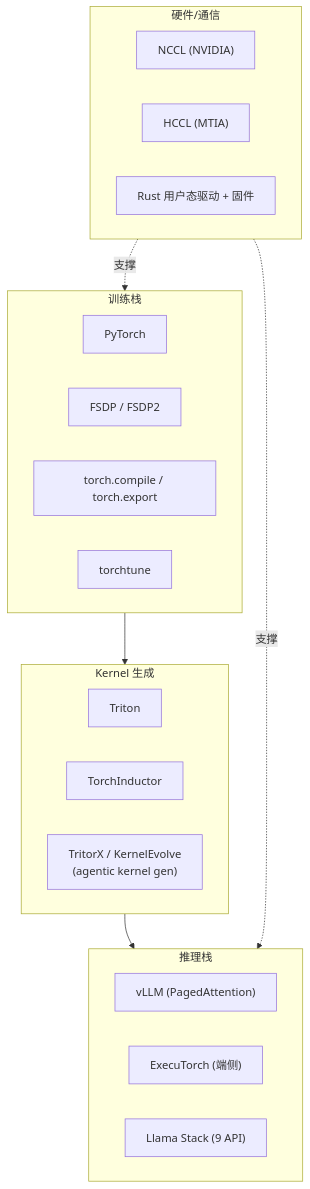
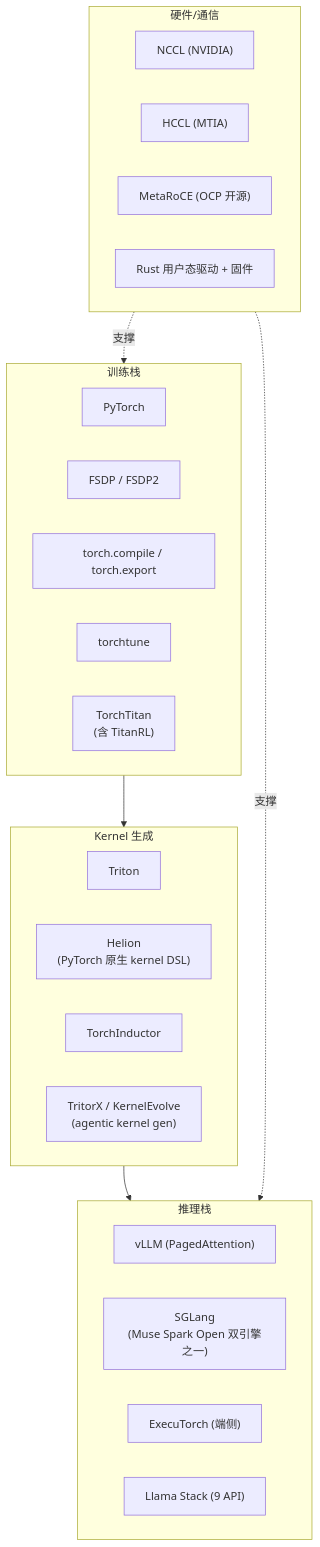
Before and after one commit to cypggs/AI_Infra_Handbook: the first of 2 diagrams in docs/09-case-study/meta/06-source-analysis.md, drawn with Mermaid. The commit also changed other lines of this file and 10 other files, not shown here.

Commit message:
更新 Meta 案例研究至 2026-10：Muse 选择性开放转折、MetaRoCE/FPF 自研网络、MTIA 300 量产、Zoomer 训练平台、Helion/TorchTitan

````diff
--- a/docs/09-case-study/meta/06-source-analysis.md
+++ b/docs/09-case-study/meta/06-source-analysis.md
@@ -7,27 +7,31 @@
 ```mermaid
 graph TB
     subgraph Train["训练栈"]
         PYT["PyTorch"]
         FSDP["FSDP / FSDP2"]
         COMPILE["torch.compile / torch.export"]
         TTUNE["torchtune"]
+        TITAN["TorchTitan<br/>(含 TitanRL)"]
     end
     subgraph Kernel["Kernel 生成"]
         TRI["Triton"]
+        HELION["Helion<br/>(PyTorch 原生 kernel DSL)"]
         INDUCT["TorchInductor"]
         AGEN["TritorX / KernelEvolve<br/>(agentic kernel gen)"]
     end
     subgraph Infer["推理栈"]
         VLLM["vLLM (PagedAttention)"]
+        SGLANG["SGLang<br/>(Muse Spark Open 双引擎之一)"]
         EXEC["ExecuTorch (端侧)"]
         STACK["Llama Stack (9 API)"]
     end
     subgraph HW["硬件/通信"]
         NCCL["NCCL (NVIDIA)"]
         HCCL["HCCL (MTIA)"]
+        METAROCE["MetaRoCE (OCP 开源)"]
         RUST["Rust 用户态驱动 + 固件"]
     end
     Train --> Kernel --> Infer
     HW -.支撑.-> Train
     HW -.支撑.-> Infer
 ```
````
